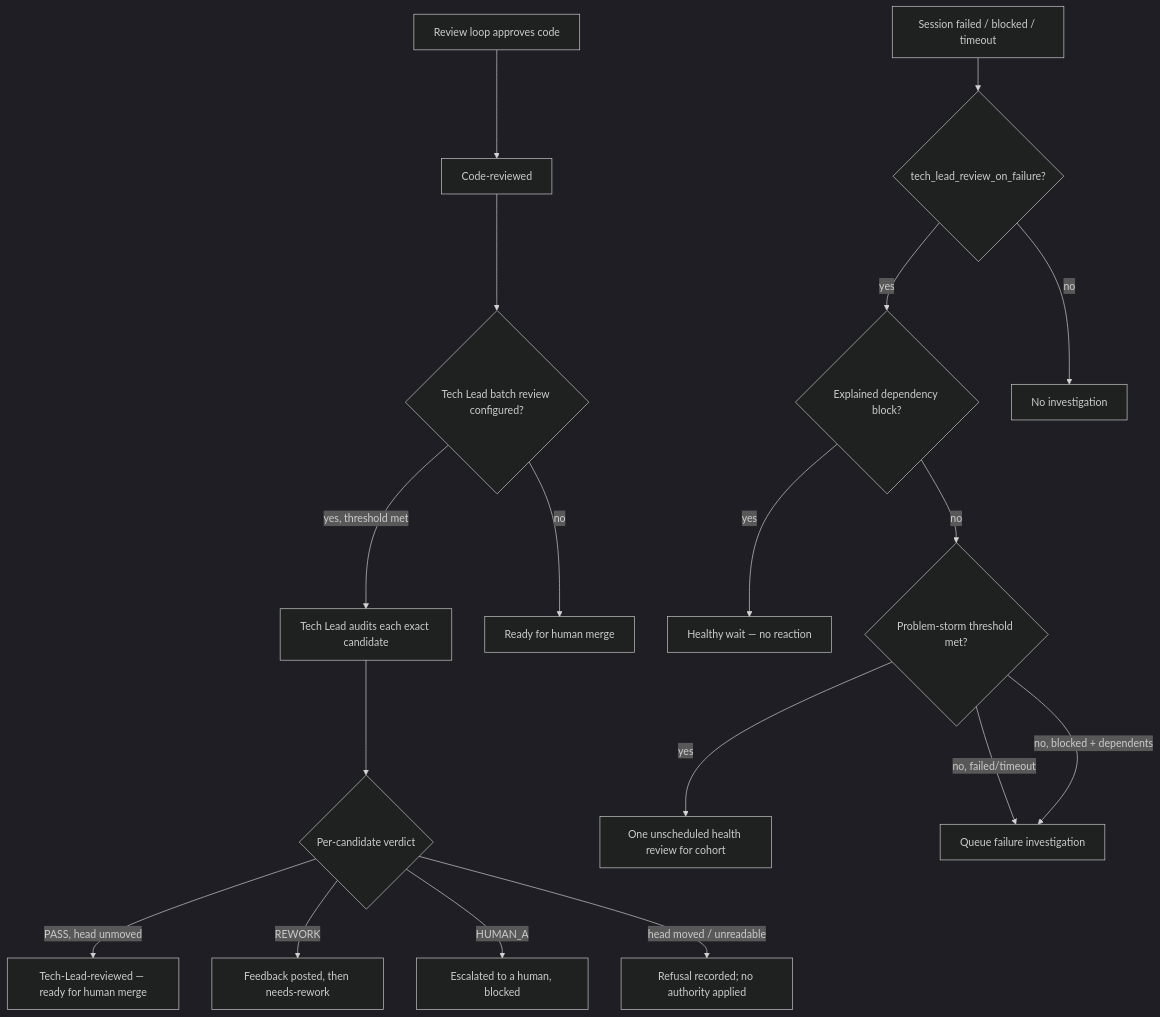
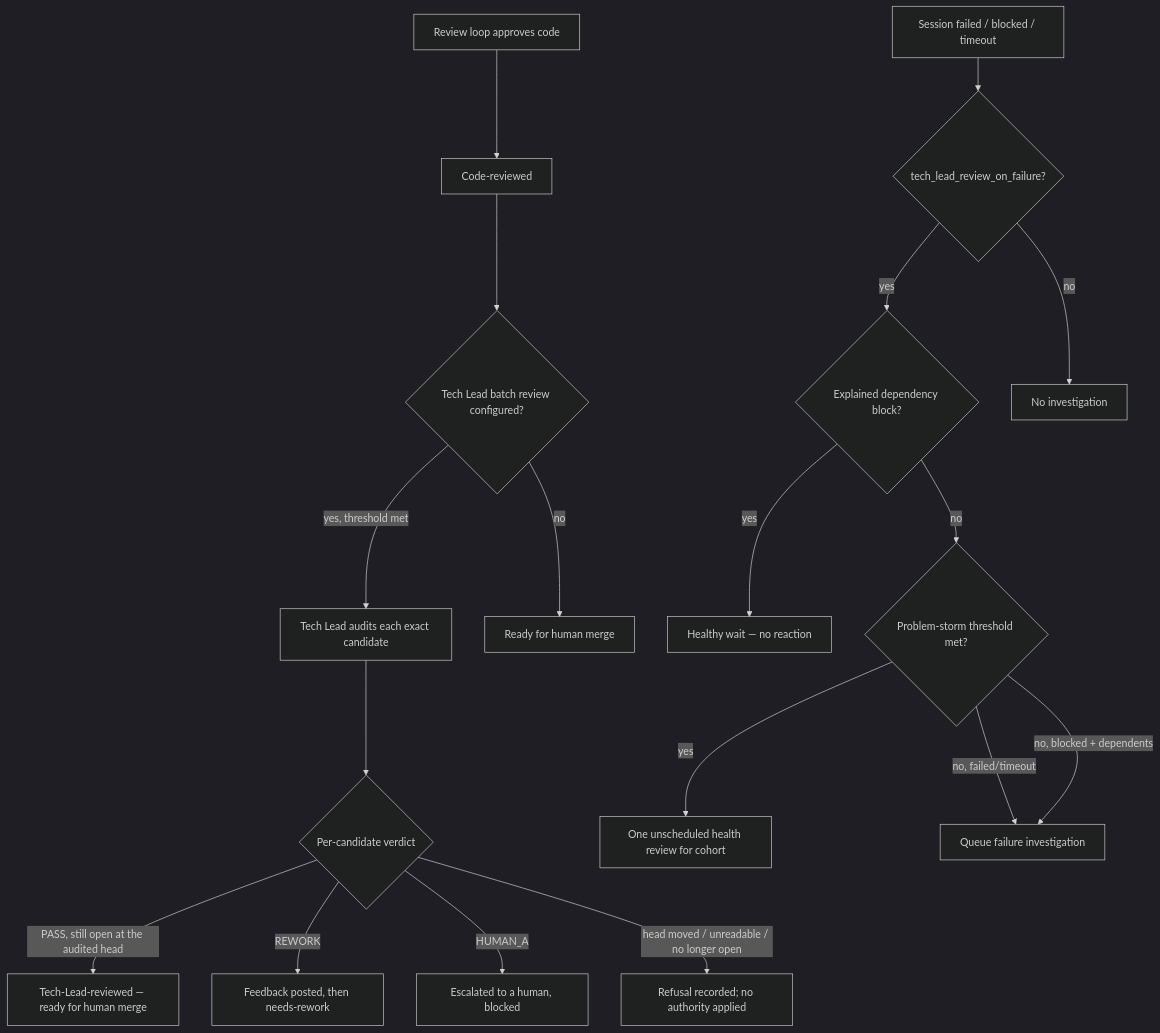
The fourth of 5 diagrams in docs/development/REVIEW_WORKFLOW.md (astro3141/issue-orchestrator), drawn with Mermaid (dark theme) before and after one commit. The commit also changed other lines of this file and 11 other files, not shown here.

````diff
--- a/docs/development/REVIEW_WORKFLOW.md
+++ b/docs/development/REVIEW_WORKFLOW.md
@@ -568,21 +584,21 @@
 ```mermaid
 flowchart TD
   LOOP["Review loop approves code"] --> CR["Code-reviewed"]
   CR --> TECH_LEAD{"Tech Lead batch review configured?"}
   TECH_LEAD -->|yes, threshold met| TR["Tech Lead audits each exact candidate"]
   TR --> PASS{"Per-candidate verdict"}
-  PASS -->|PASS, head unmoved| DONE["Tech-Lead-reviewed — ready for human merge"]
+  PASS -->|"PASS, still open at the audited head"| DONE["Tech-Lead-reviewed — ready for human merge"]
   PASS -->|REWORK| NR["Feedback posted, then needs-rework"]
   PASS -->|HUMAN_A| BNH["Escalated to a human, blocked"]
-  PASS -->|head moved / unreadable| REFUSED["Refusal recorded; no authority applied"]
+  PASS -->|"head moved / unreadable / no longer open"| REFUSED["Refusal recorded; no authority applied"]
   TECH_LEAD -->|no| DONE2["Ready for human merge"]
 
   FAIL["Session failed / blocked / timeout"] --> TFAIL{"tech_lead_review_on_failure?"}
   TFAIL -->|yes| CLASSIFY{"Explained dependency block?"}
   CLASSIFY -->|yes| WAIT["Healthy wait — no reaction"]
   CLASSIFY -->|no| STORM{"Problem-storm threshold met?"}
   STORM -->|yes| HEALTH["One unscheduled health review for cohort"]
   STORM -->|no, failed/timeout| INVEST["Queue failure investigation"]
   STORM -->|no, blocked + dependents| INVEST
   TFAIL -->|no| SKIP["No investigation"]
 ```
````
